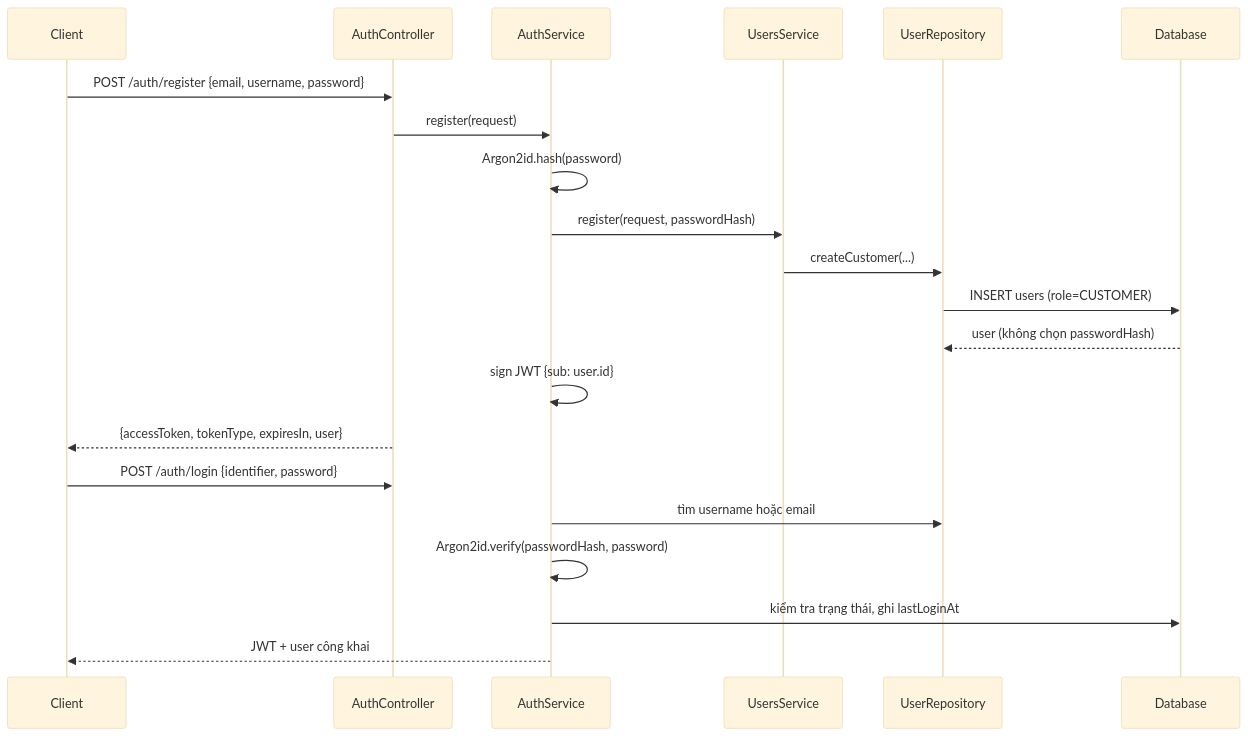
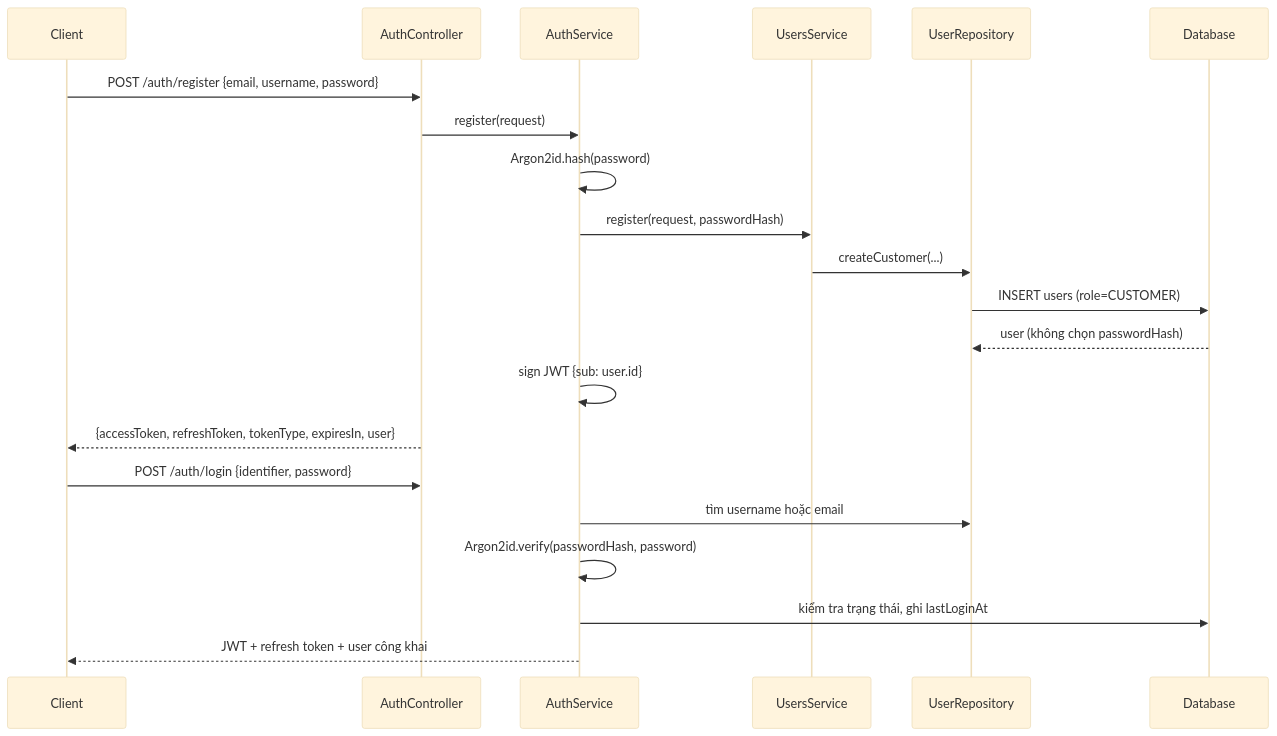
One commit to Mile-izMe/e-commerce changed the first of 2 diagrams in docs/auth-users.md. Above: the diagram before and after it, drawn with Mermaid (base theme). The commit also changed other lines of this file and 29 other files, not shown here.

Commit message:
add refresh flow

````diff
--- a/docs/auth-users.md
+++ b/docs/auth-users.md
@@ -10,23 +10,23 @@
 ```mermaid
 sequenceDiagram
     participant Client
     participant AuthController
     participant AuthService
     participant UsersService
     participant UserRepository
     participant Database
     Client->>AuthController: POST /auth/register {email, username, password}
     AuthController->>AuthService: register(request)
     AuthService->>AuthService: Argon2id.hash(password)
     AuthService->>UsersService: register(request, passwordHash)
     UsersService->>UserRepository: createCustomer(...)
     UserRepository->>Database: INSERT users (role=CUSTOMER)
     Database-->>UserRepository: user (không chọn passwordHash)
     AuthService->>AuthService: sign JWT {sub: user.id}
-    AuthController-->>Client: {accessToken, tokenType, expiresIn, user}
+    AuthController-->>Client: {accessToken, refreshToken, tokenType, expiresIn, user}
     Client->>AuthController: POST /auth/login {identifier, password}
     AuthService->>UserRepository: tìm username hoặc email
     AuthService->>AuthService: Argon2id.verify(passwordHash, password)
     AuthService->>Database: kiểm tra trạng thái, ghi lastLoginAt
-    AuthService-->>Client: JWT + user công khai
+    AuthService-->>Client: JWT + refresh token + user công khai
 ```
````
